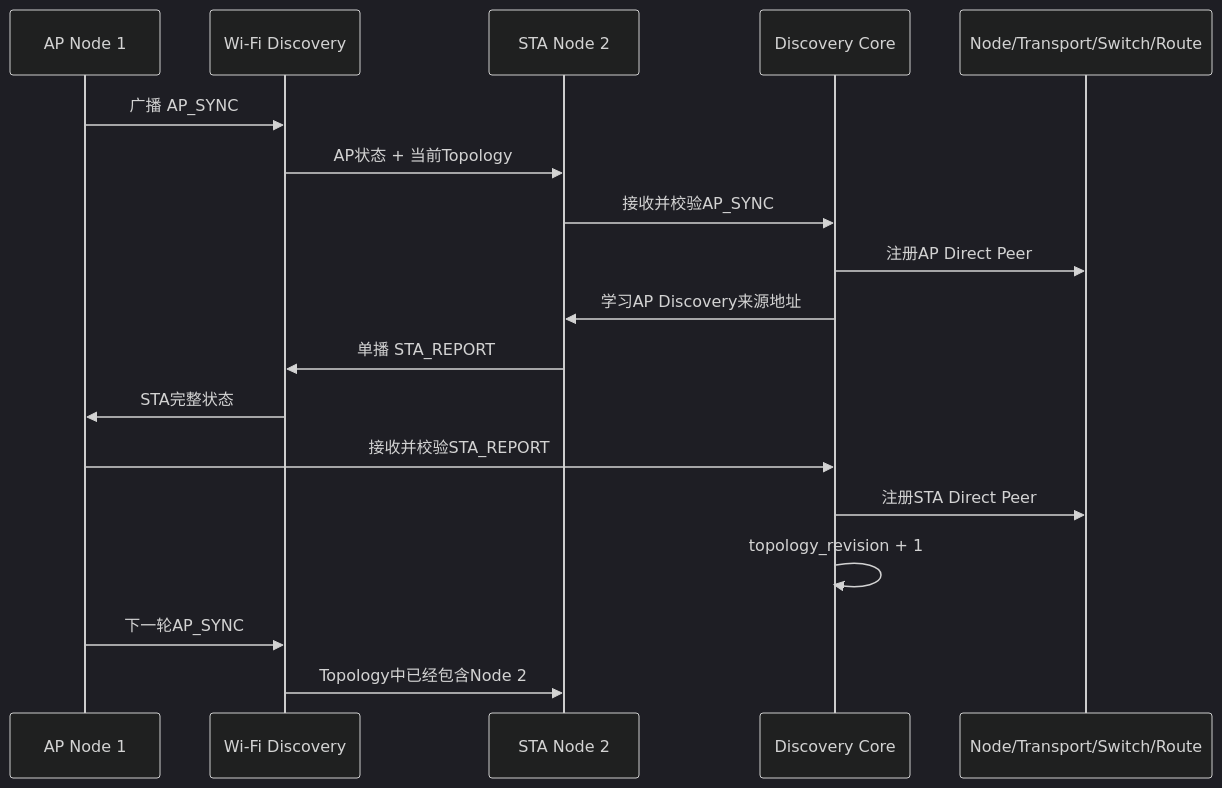
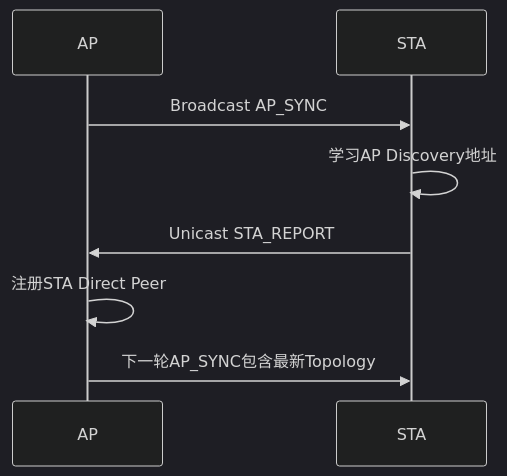
One commit to wnd443724421-cell/linkg changed the fifth of 15 diagrams in linkg-project-plan/LinkG项目具体落实方案_模块化/03-M03-Node与Discovery设备发现.md. Above: the diagram before and after it, drawn with Mermaid (dark theme). The commit also changed other lines of this file, not shown here.

Commit message:
docs: restructure M03 around discovery design

````diff
--- a/linkg-project-plan/LinkG项目具体落实方案_模块化/03-M03-Node与Discovery设备发现.md
+++ b/linkg-project-plan/LinkG项目具体落实方案_模块化/03-M03-Node与Discovery设备发现.md
@@ -646,23 +215,11 @@
 ```mermaid
 sequenceDiagram
-    participant AP as AP Node 1
-    participant WIFI as Wi-Fi Discovery
-    participant STA as STA Node 2
-    participant CORE as Discovery Core
-    participant RUNTIME as Node/Transport/Switch/Route
+    participant AP as AP
+    participant STA as STA
 
-    AP->>WIFI: 广播 AP_SYNC
-    WIFI->>STA: AP状态 + 当前Topology
-    STA->>CORE: 接收并校验AP_SYNC
-    CORE->>RUNTIME: 注册AP Direct Peer
-    CORE->>STA: 学习AP Discovery来源地址
-
-    STA->>WIFI: 单播 STA_REPORT
-    WIFI->>AP: STA完整状态
-    AP->>CORE: 接收并校验STA_REPORT
-    CORE->>RUNTIME: 注册STA Direct Peer
-    CORE->>CORE: topology_revision + 1
-
-    AP->>WIFI: 下一轮AP_SYNC
-    WIFI->>STA: Topology中已经包含Node 2
+    AP->>STA: Broadcast AP_SYNC
+    STA->>STA: 学习AP Discovery地址
+    STA->>AP: Unicast STA_REPORT
+    AP->>AP: 注册STA Direct Peer
+    AP->>STA: 下一轮AP_SYNC包含最新Topology
 ```
````
